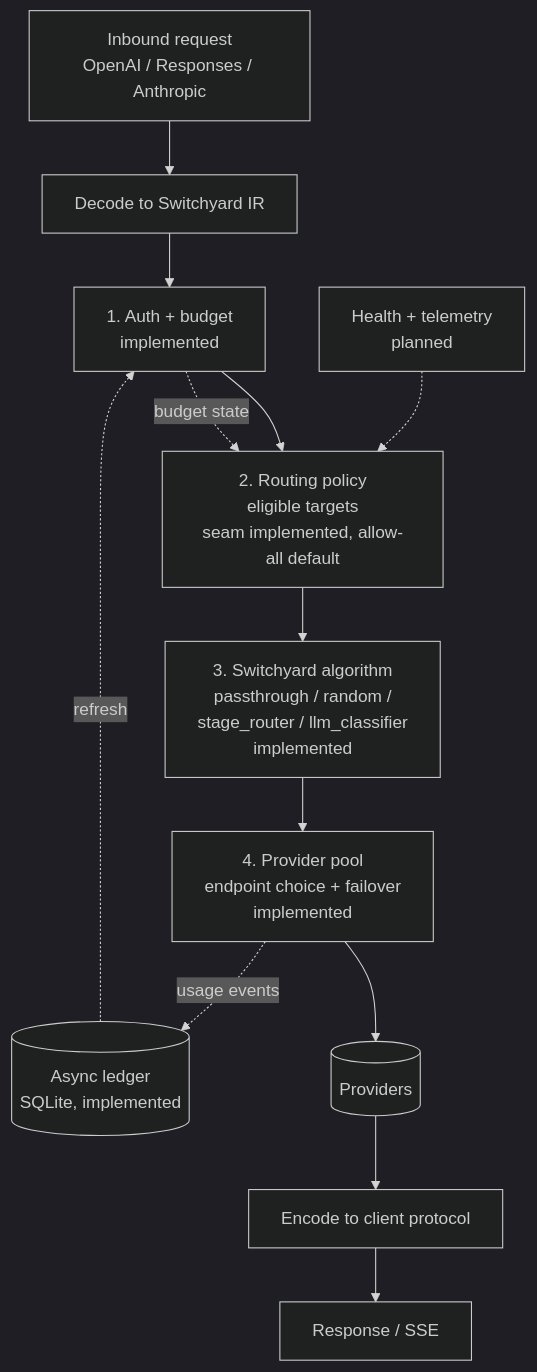
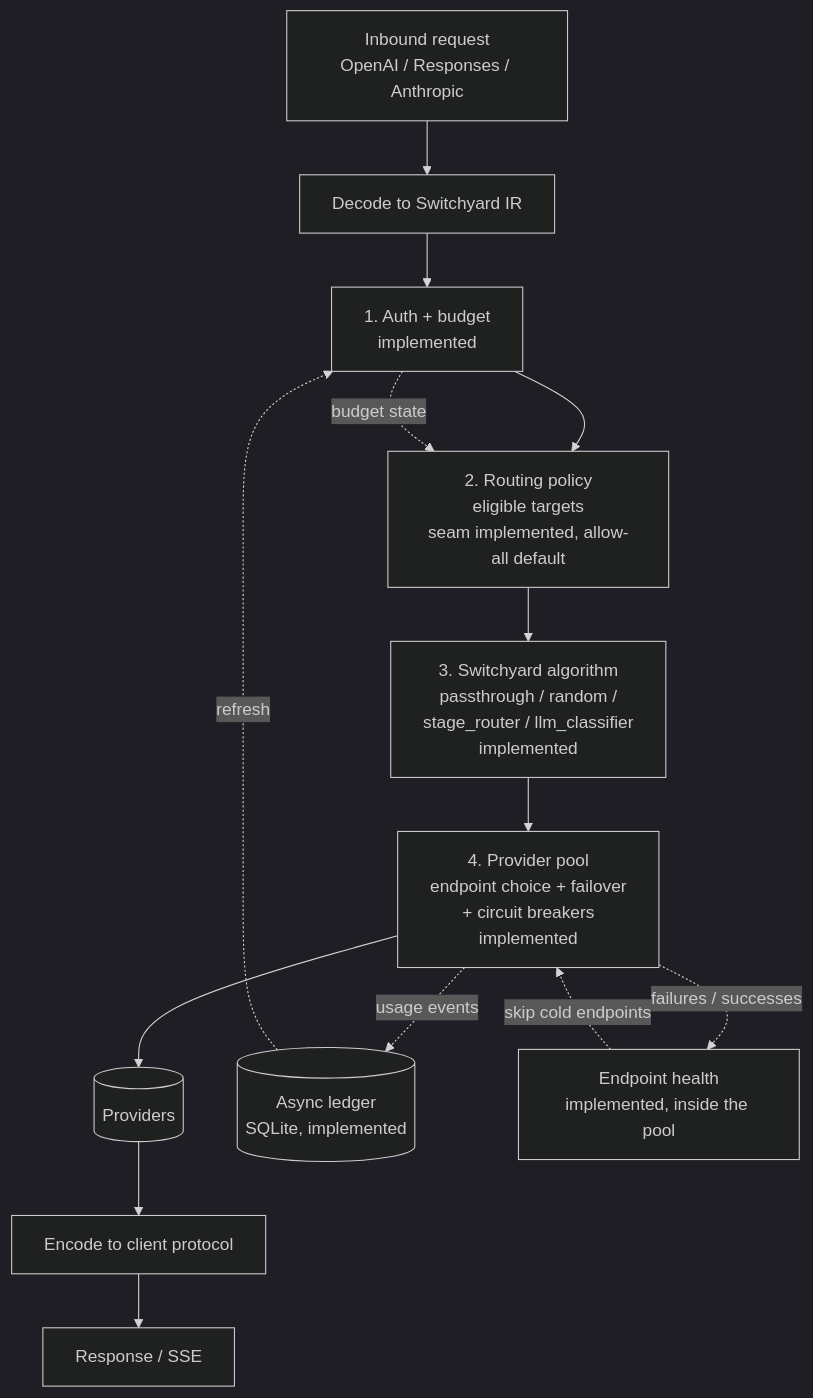
One commit to gschaetz/humpyard changed the second of 2 diagrams in docs/architecture.md. Above: the diagram before and after it, drawn with Mermaid (dark theme). The commit also changed other lines of this file and 26 other files, not shown here.

Commit message:
Skip failing endpoints: per-endpoint circuit breakers in the pool, GET /v1/health

````diff
--- a/docs/architecture.md
+++ b/docs/architecture.md
@@ -61,15 +62,16 @@
 ```mermaid
 flowchart TD
     IN[Inbound request<br/>OpenAI / Responses / Anthropic] --> DEC[Decode to Switchyard IR]
     DEC --> BUD[1. Auth + budget<br/>implemented]
     BUD --> POL[2. Routing policy<br/>eligible targets<br/>seam implemented, allow-all default]
     POL --> ALG[3. Switchyard algorithm<br/>passthrough / random /<br/>stage_router / llm_classifier<br/>implemented]
-    ALG --> POOL[4. Provider pool<br/>endpoint choice + failover<br/>implemented]
+    ALG --> POOL[4. Provider pool<br/>endpoint choice + failover<br/>+ circuit breakers<br/>implemented]
     POOL --> UPS[(Providers)]
     UPS --> ENC[Encode to client protocol]
     ENC --> OUT[Response / SSE]
     POOL -. usage events .-> LEDGER[(Async ledger<br/>SQLite, implemented)]
     LEDGER -. refresh .-> BUD
-    HEALTH[Health + telemetry<br/>planned] -.-> POL
+    POOL -. failures / successes .-> HEALTH[Endpoint health<br/>implemented, inside the pool]
+    HEALTH -. skip cold endpoints .-> POOL
     BUD -. budget state .-> POL
 ```
````
